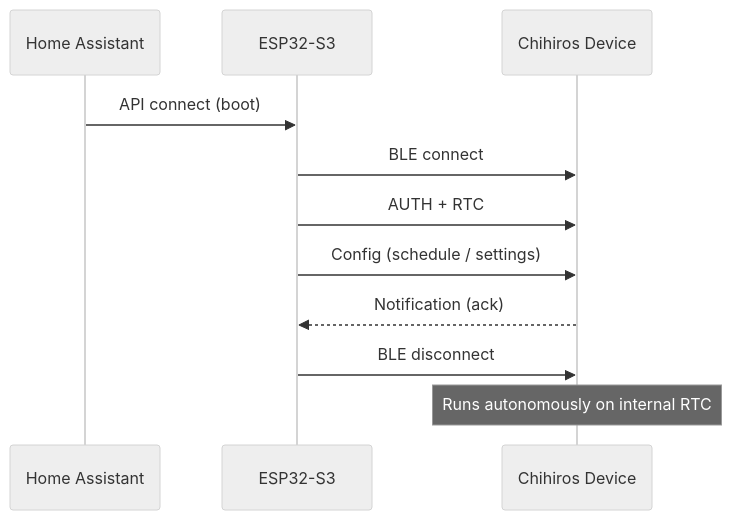
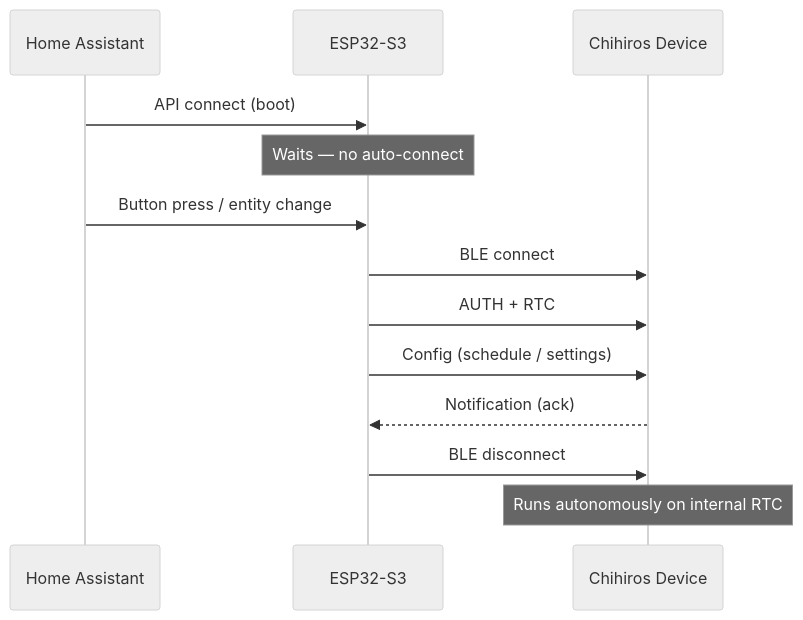
Before and after one commit to BartdeJonge/chihiros-esphome: the second of 9 diagrams in README.md, drawn with Mermaid (neutral theme). The commit also changed other lines of this file, not shown here.

First line of the commit message:
docs: update README for CommandQueue architecture

````diff
--- a/README.md
+++ b/README.md
@@ -41,14 +41,16 @@
 ```mermaid
 sequenceDiagram
     participant HA as Home Assistant
     participant ESP as ESP32-S3
     participant Dev as Chihiros Device
 
     HA->>ESP: API connect (boot)
+    Note over ESP: Waits — no auto-connect
+    HA->>ESP: Button press / entity change
     ESP->>Dev: BLE connect
     ESP->>Dev: AUTH + RTC
     ESP->>Dev: Config (schedule / settings)
     Dev-->>ESP: Notification (ack)
     ESP->>Dev: BLE disconnect
     Note over Dev: Runs autonomously on internal RTC
 ```
````
